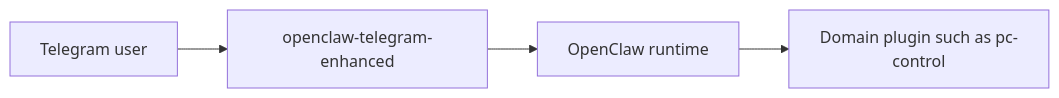
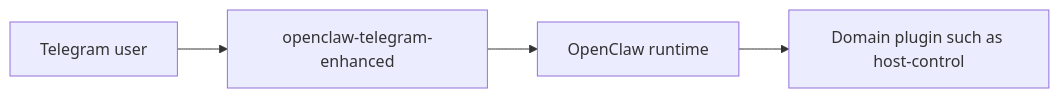
One commit to mfshaf7/openclaw-telegram-enhanced changed the diagram in README.md. Above: the diagram before and after it, drawn with Mermaid. The commit also changed other lines of this file and 8 other files, not shown here.

Commit message:
refactor: rename pc-control router to host-control

````diff
--- a/README.md
+++ b/README.md
@@ -25,9 +25,9 @@
 ```mermaid
 flowchart LR
     User[Telegram user]
     Plugin[openclaw-telegram-enhanced]
     Gateway[OpenClaw runtime]
-    Domain[Domain plugin such as pc-control]
+    Domain[Domain plugin such as host-control]
 
     User --> Plugin --> Gateway --> Domain
 ```
````
